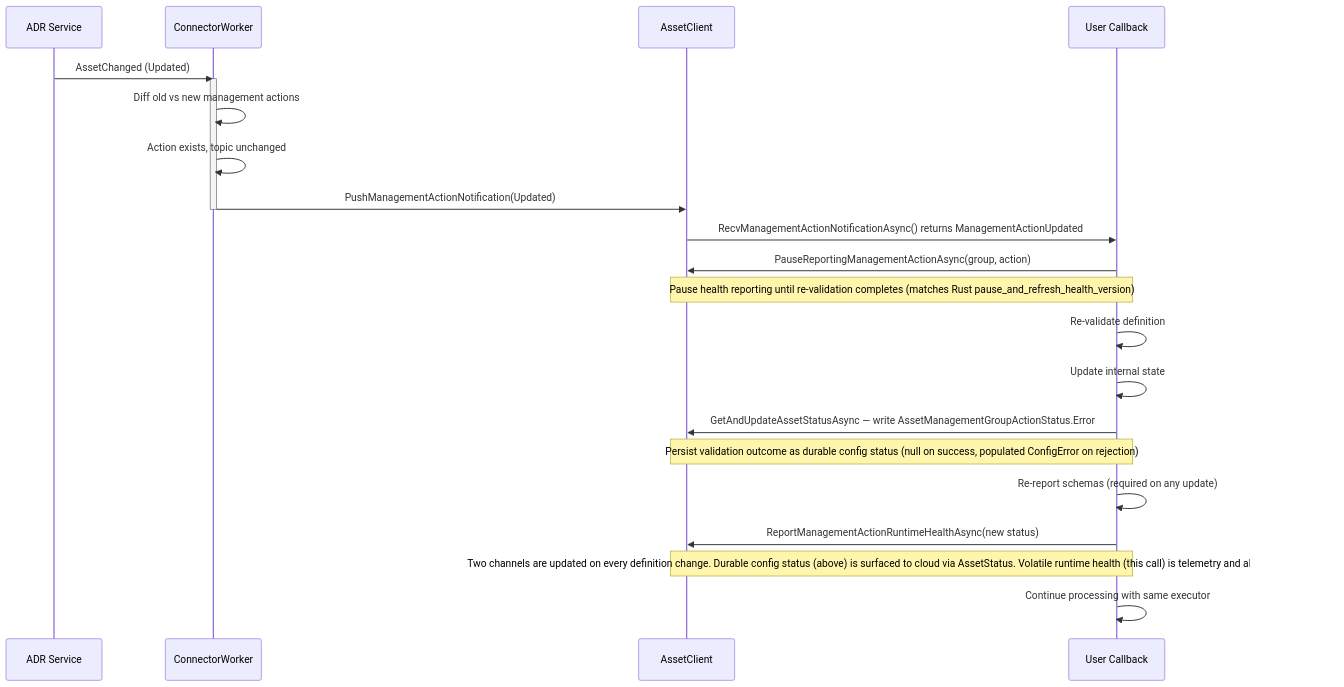
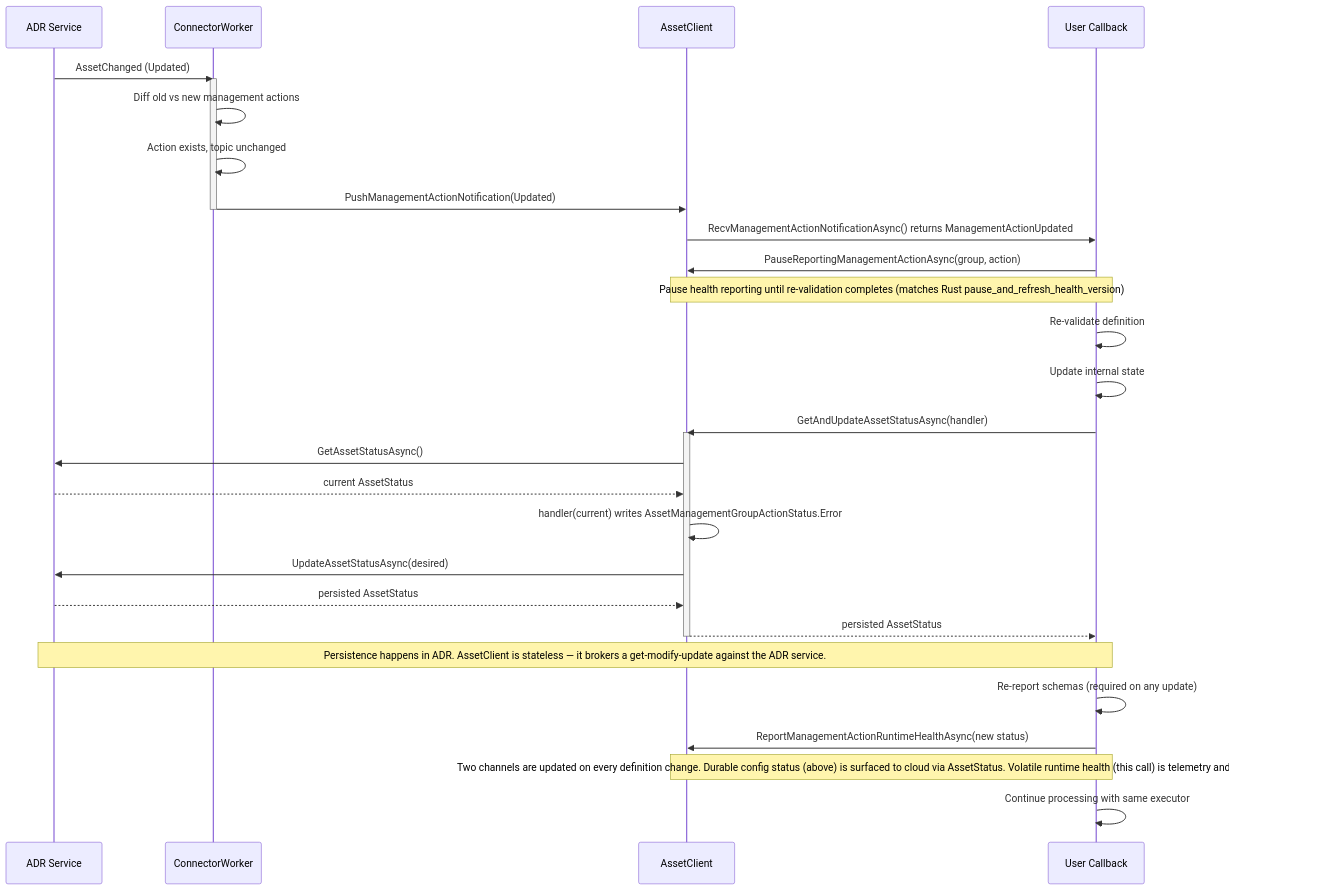
One commit to Azure/iot-operations-sdks changed the sixth of 10 diagrams in doc/dev/tmp/management-action-implementation-design.md. Above: the diagram before and after it, drawn with Mermaid. The commit also changed other lines of this file, not shown here.

````diff
--- a/doc/dev/tmp/management-action-implementation-design.md
+++ b/doc/dev/tmp/management-action-implementation-design.md
@@ -704,27 +704,35 @@
 ```mermaid
 sequenceDiagram
     participant ADR as ADR Service
     participant CW as ConnectorWorker
     participant AC as AssetClient
     participant User as User Callback
 
     ADR->>CW: AssetChanged (Updated)
     activate CW
     CW->>CW: Diff old vs new management actions
     CW->>CW: Action exists, topic unchanged
 
     CW->>AC: PushManagementActionNotification(Updated)
     deactivate CW
     AC->>User: RecvManagementActionNotificationAsync() returns ManagementActionUpdated
 
     User->>AC: PauseReportingManagementActionAsync(group, action)
     Note over User,AC: Pause health reporting until re-validation completes (matches Rust pause_and_refresh_health_version)
     User->>User: Re-validate definition
     User->>User: Update internal state
-    User->>AC: GetAndUpdateAssetStatusAsync — write AssetManagementGroupActionStatus.Error
-    Note over User,AC: Persist validation outcome as durable config status (null on success, populated ConfigError on rejection)
+    User->>AC: GetAndUpdateAssetStatusAsync(handler)
+    activate AC
+    AC->>ADR: GetAssetStatusAsync()
+    ADR-->>AC: current AssetStatus
+    AC->>AC: handler(current) writes AssetManagementGroupActionStatus.Error
+    AC->>ADR: UpdateAssetStatusAsync(desired)
+    ADR-->>AC: persisted AssetStatus
+    AC-->>User: persisted AssetStatus
+    deactivate AC
+    Note over User,ADR: Persistence happens in ADR. AssetClient is stateless — it brokers a get-modify-update against the ADR service.
     User->>User: Re-report schemas (required on any update)
     User->>AC: ReportManagementActionRuntimeHealthAsync(new status)
     Note over User,AC: Two channels are updated on every definition change. Durable config status (above) is surfaced to cloud via AssetStatus. Volatile runtime health (this call) is telemetry and also ends the pause.
     User->>User: Continue processing with same executor
 ```
````
